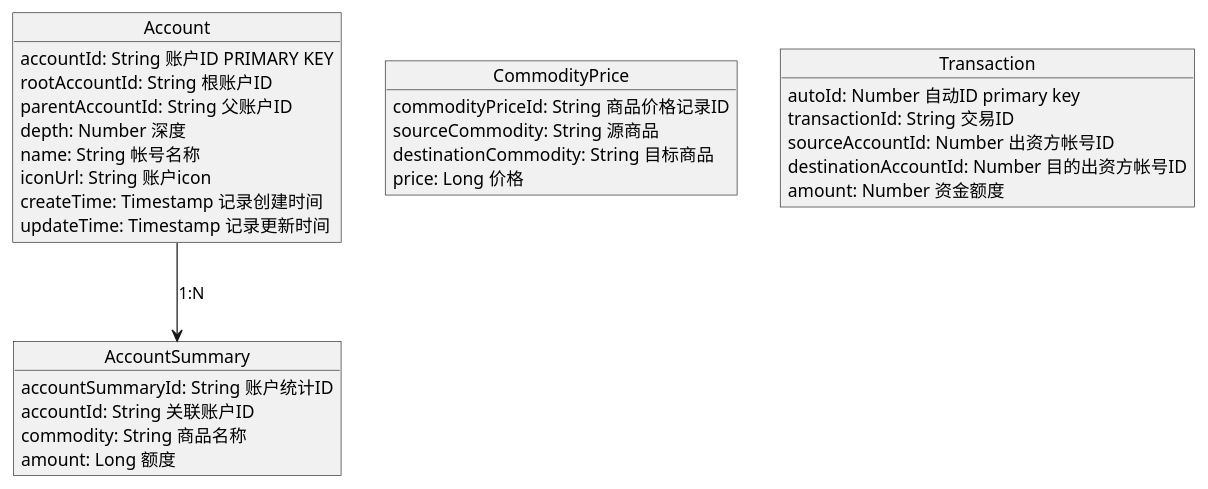
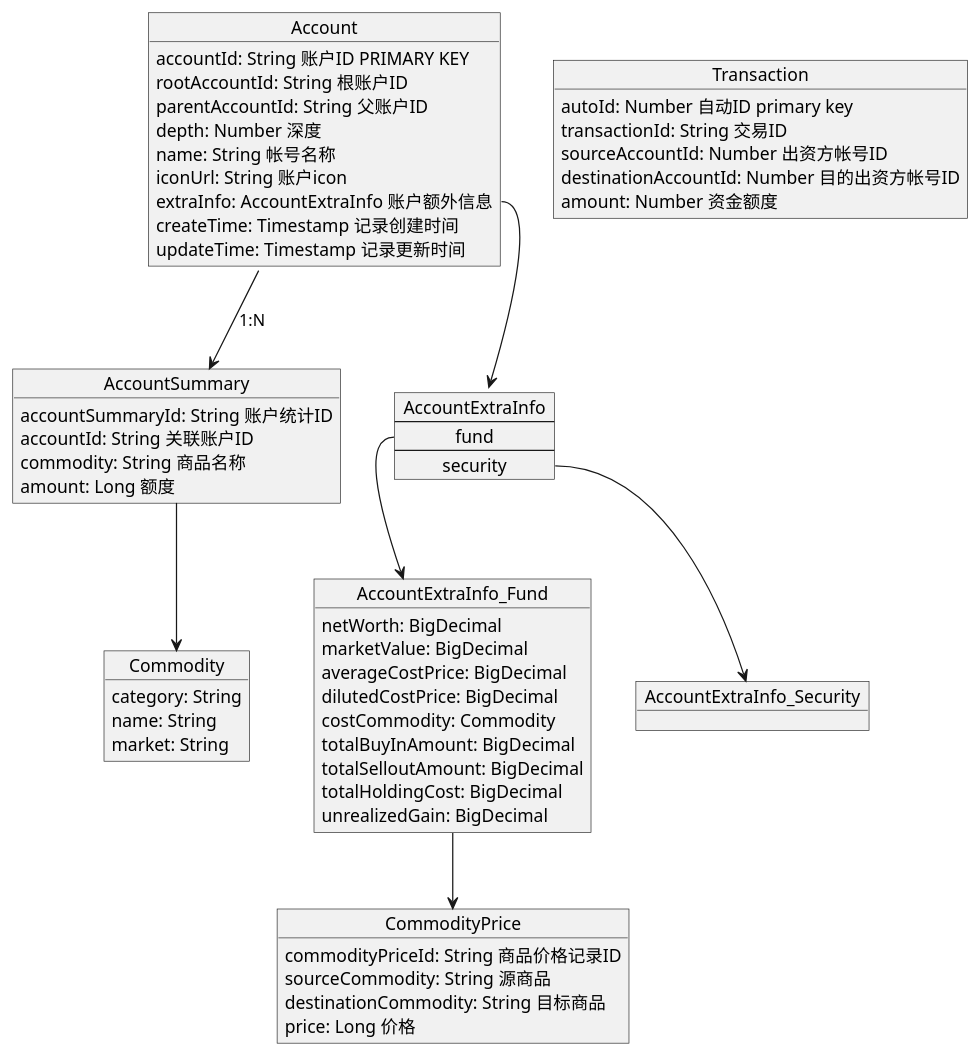
Before and after one commit to maxtorm12138/ledger: the diagram in design/LogicModel.puml, drawn with PlantUML. The commit also changed 20 other files, not shown here.

Commit message:
feat: add extra info domain design

```diff
--- a/design/LogicModel.puml
+++ b/design/LogicModel.puml
@@ -1,80 +1,111 @@
 @startuml
 'https://plantuml.com/object-diagrm
+
+object Commodity {
+    category: String
+    name: String
+    market: String
+}
 
 object Account {
     accountId: String 账户ID PRIMARY KEY
     rootAccountId: String 根账户ID
     parentAccountId: String 父账户ID
     depth: Number 深度
     name: String 帐号名称
     iconUrl: String 账户icon
+    extraInfo: AccountExtraInfo 账户额外信息
     createTime: Timestamp 记录创建时间
     updateTime: Timestamp 记录更新时间
 }
 
 object AccountSummary {
     accountSummaryId: String 账户统计ID
     accountId: String 关联账户ID
     commodity: String 商品名称
     amount: Long 额度
 }
 
-Account --> AccountSummary : 1:N
+object AccountExtraInfo_Fund {
+    netWorth: BigDecimal
+    marketValue: BigDecimal
+    averageCostPrice: BigDecimal
+    dilutedCostPrice: BigDecimal
+    costCommodity: Commodity
+    totalBuyInAmount: BigDecimal
+    totalSelloutAmount: BigDecimal
+    totalHoldingCost: BigDecimal
+    unrealizedGain: BigDecimal
+}
 
 object CommodityPrice {
     commodityPriceId: String 商品价格记录ID
     sourceCommodity: String 源商品
     destinationCommodity: String 目标商品
     price: Long 价格
 }
+
+object AccountExtraInfo_Security {
+}
+
+map AccountExtraInfo {
+    fund *--> AccountExtraInfo_Fund
+    security *--> AccountExtraInfo_Security
+}
+
+Account::extraInfo --> AccountExtraInfo
+Account --> AccountSummary : 1:N
+AccountSummary --> Commodity
+
+AccountExtraInfo_Fund --> CommodityPrice
 
 object Transaction {
     autoId: Number 自动ID primary key
 
     transactionId: String 交易ID
     sourceAccountId: Number 出资方帐号ID
     destinationAccountId: Number 目的出资方帐号ID
     amount: Number 资金额度
 }
 
 'object AccountCashFlow {
 '    accountCashFlowId: Number 记录ID primary key
 '    dstAccountId: Number 资金目的地账户ID
 '    srcAccountId: Number 资金源账户ID
 '    amount: Number 资金总额度
 '    bookBalance: 当前账面余额
 '    date: Date 资金发生日期
 '    dateOrder: Number 资金发生日排序
 '    subAccountCashFlow: Array<SubAccountCashFlow> 分单
 '}
 
 
 'object Fund {
 '    code: String 基金代码 primary key
 '    name: String 基金名称
 '    netWorth: Number 基金净值
 '    netWorthDate: Date 基金净值最后更新日期
 '    createTime: Timestamp 记录创建时间
 '    updateTime: Timestamp 记录更新时间
 '}
 
 'object Stock {
 '    code: String 股票代码 primary key
 '    name: String 股票名词
 '    price: String 股票价格
 '    createTime: Timestamp 记录创建时间
 '    updateTime: Timestamp 记录更新时间
 '}
 
 'object FundFlow {
 '    fundFlowId: Number 记录ID primary key
 '    code: string 基金代码 foreign key
 '    dividend: String
 '    netWorth: Number
 '    dayGrowth: Number
 '}
 
 
 'FundFlow::code --o Fund : 聚合
 
 @enduml
```
